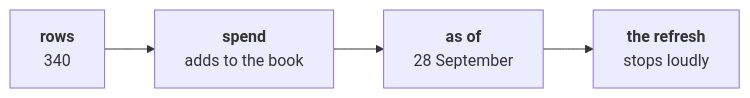
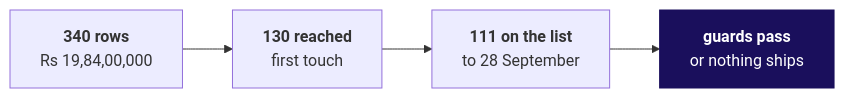
One commit to fde-academy-lab/c2-content-factory changed the eighth of 9 diagrams in content/W02/D4/slides/C2_W02_D04_half2_STUDENT.md. Above: the diagram before and after it, drawn with Mermaid. The commit also changed other lines of this file and 9 other files, not shown here.

````diff
--- a/content/W02/D4/slides/C2_W02_D04_half2_STUDENT.md
+++ b/content/W02/D4/slides/C2_W02_D04_half2_STUDENT.md
@@ -400,4 +612,6 @@
 ```mermaid
 flowchart LR
-    A["<b>rows</b><br/>340"] --> B["<b>spend</b><br/>adds to the book"] --> C["<b>as of</b><br/>28 September"] --> D["<b>the refresh</b><br/>stops loudly"]
+    R["<b>340 rows</b><br/>Rs 19,84,00,000"] --> E["<b>130 reached</b><br/>first touch"] --> W["<b>111 on the list</b><br/>to 28 September"] --> G["<b>guards pass</b><br/>or nothing ships"]
+    classDef bet fill:#1A0F5C,stroke:#1A0F5C,color:#FFFFFF
+    class G bet
 ```
````
